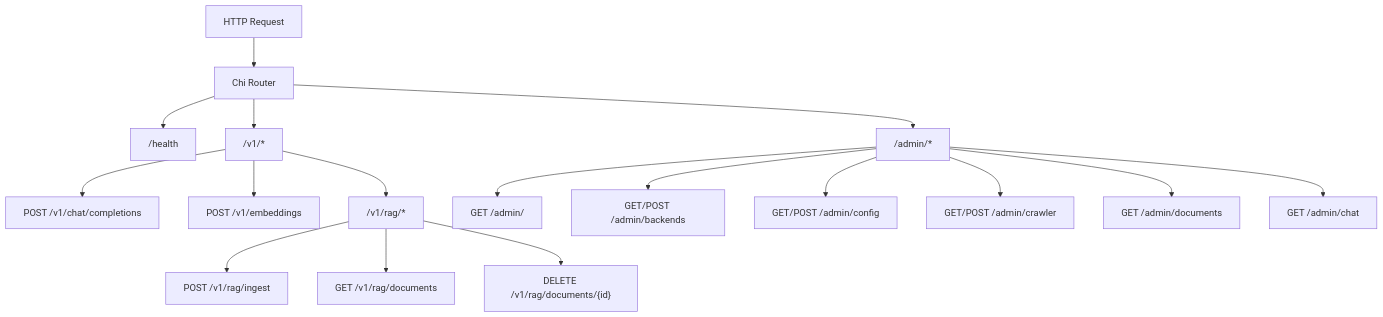
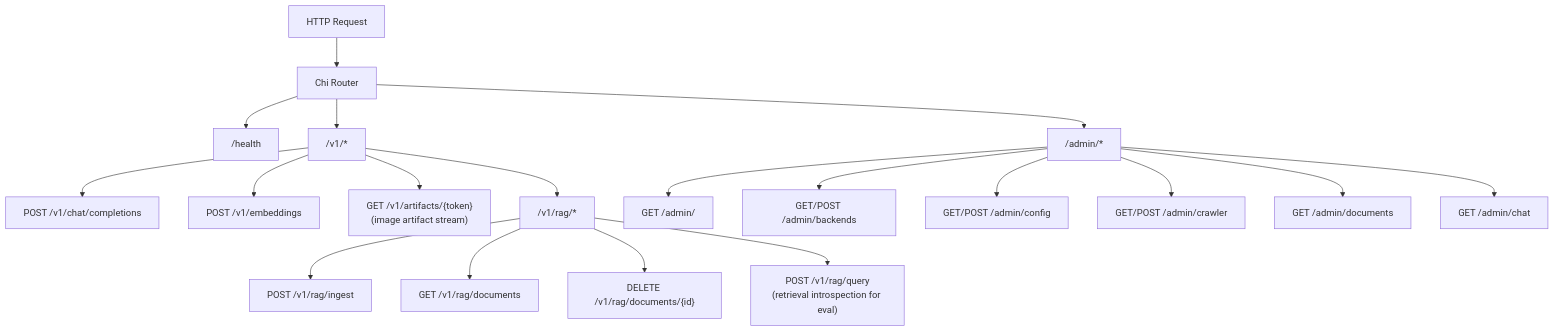
Before and after one commit to klnstprx/etsi-rag: the seventh of 8 diagrams in docs/diagrams.md, drawn with Mermaid. The commit also changed other lines of this file and 29 other files, not shown here.

First line of the commit message:
feat(eval): retrieval metrics, 3-dim rubric, refusal handling

````diff
--- a/docs/diagrams.md
+++ b/docs/diagrams.md
@@ -209,23 +209,25 @@
 ```mermaid
 flowchart TB
     HTTP["HTTP Request"] --> Router["Chi Router"]
 
     Router --> Health["/health"]
     Router --> V1["/v1/*"]
     Router --> AdminRoutes["/admin/*"]
 
     V1 --> ChatComp["POST /v1/chat/completions"]
     V1 --> Embeddings["POST /v1/embeddings"]
+    V1 --> Artifacts["GET /v1/artifacts/{token}<br/>(image artifact stream)"]
     V1 --> RAGRoutes["/v1/rag/*"]
 
     RAGRoutes --> Ingest["POST /v1/rag/ingest"]
     RAGRoutes --> ListDocs["GET /v1/rag/documents"]
     RAGRoutes --> DeleteDoc["DELETE /v1/rag/documents/{id}"]
+    RAGRoutes --> Query["POST /v1/rag/query<br/>(retrieval introspection for eval)"]
 
     AdminRoutes --> Dashboard["GET /admin/"]
     AdminRoutes --> Backends["GET/POST /admin/backends"]
     AdminRoutes --> ConfigPage["GET/POST /admin/config"]
     AdminRoutes --> CrawlerPage["GET/POST /admin/crawler"]
     AdminRoutes --> Documents["GET /admin/documents"]
     AdminRoutes --> AgentChat["GET /admin/chat"]
 ```
````
